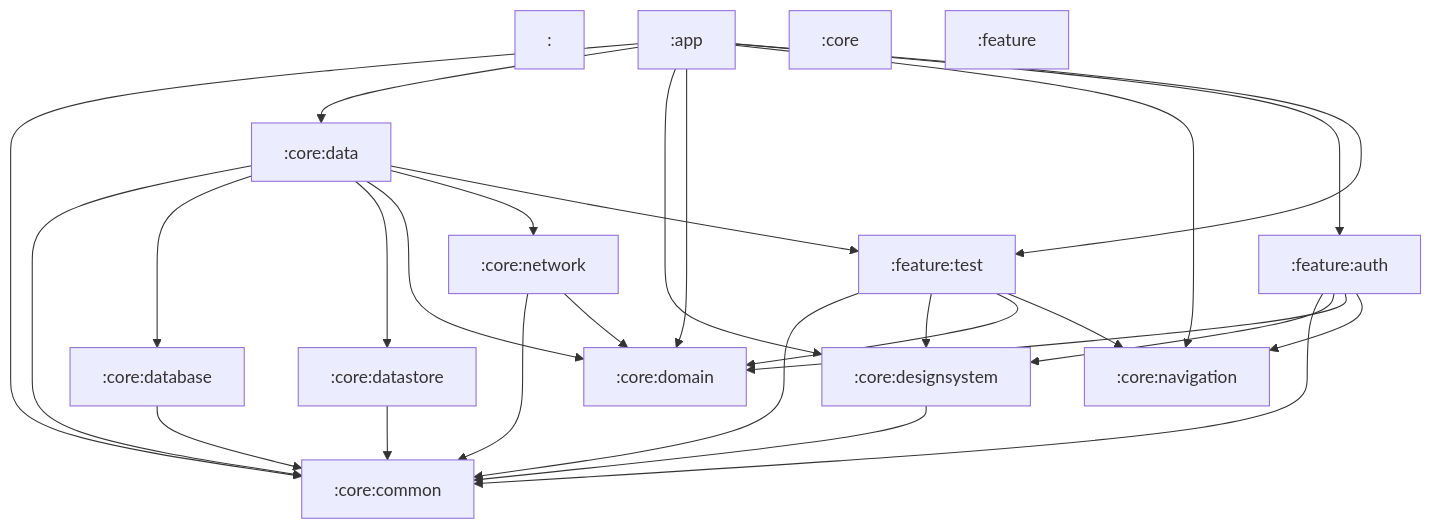
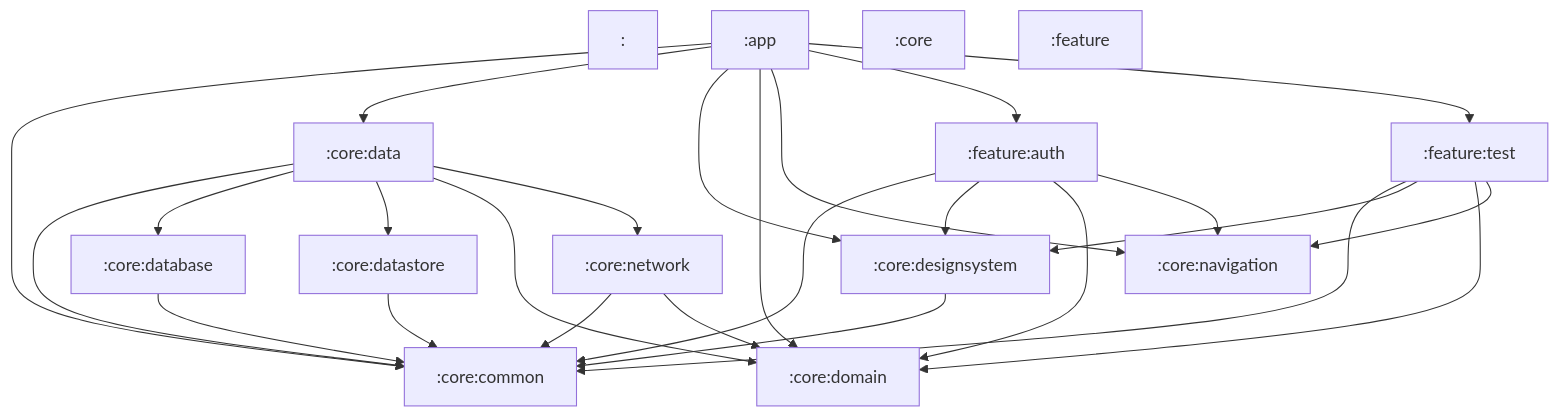
The diagram in docs/module-deps.md (kkh725/Multi_Module_Template), drawn with Mermaid before and after one commit. The commit also changed 2 other files, not shown here.

Commit message:
[Chore] build gradle 의존성 수정 (#4)
* [Chore] cicd 변경

* [Chore] cicd 변경

* [Chore] cicd 변경

* [Chore] cicd 변경

* [Chore] cicd 변경

* [Chore] ktLint 적용

* [Chore] .editorconfig 추가

* [Chore] TestCode 추가

* [Chore] ktlint맞춰서 수정

* [Chore] build.gradle.kts 수정

* [Chore] test 관련 convention 수정

* [Chore] cicd 수정

* [Chore] ci 빌드 추가

* [Chore] ci 수정

* [Chore] compose lint 추가

* [Chore] lint 추가

* [Chore] ktLint 수정

* [Chore] 각 모듈 readMe 추가

* [Chore] ci 수정

* [Chore] 의존성그래프 확인 ci 추가

* [Chore] 의존성그래프 확인 ci 추가

* [Chore] 의존성그래프 확인 ci 추가

* [Chore] 의존성그래프 확인 ci 추가

* [Chore] 의존성그래프 확인 ci 추가

* [Chore] 의존성그래프 확인 ci 수정

* [Chore] 의존성그래프 확인 ci 수정

* [Chore] 의존성그래프 확인 ci 수정

* [Chore] fetch-depth: 0 추가

* [Chore] ci 수정

* [Chore] ci 수정

* [Chore] ci 수정

* [ci] update module dependency graph [ci skip]

* [Chore] ci 수정

* [Chore] ci 수정

* [Chore] ci 수정

* [Chore] ci 수정

* [Chore] ci 수정

* [Chore] ci 수정

* [github-actions] update module dependency graph

* [Chore] ci 최종 수정

* [Chore] data module 의존성 feature제거

* [Chore] remove check ci

* [github-actions] update dependency graph

---------

````diff
--- a/docs/module-deps.md
+++ b/docs/module-deps.md
@@ -1,43 +1,42 @@
 ```mermaid
 graph TD
     _[":"]
     _app[":app"]
     _app --> _core_common
     _app --> _core_data
     _app --> _core_designsystem
     _app --> _core_domain
     _app --> _core_navigation
     _app --> _feature_auth
     _app --> _feature_test
     _core[":core"]
     _core_common[":core:common"]
     _core_data[":core:data"]
     _core_data --> _core_common
     _core_data --> _core_database
     _core_data --> _core_datastore
     _core_data --> _core_domain
     _core_data --> _core_network
-    _core_data --> _feature_test
     _core_database[":core:database"]
     _core_database --> _core_common
     _core_datastore[":core:datastore"]
     _core_datastore --> _core_common
     _core_designsystem[":core:designsystem"]
     _core_designsystem --> _core_common
     _core_domain[":core:domain"]
     _core_navigation[":core:navigation"]
     _core_network[":core:network"]
     _core_network --> _core_common
     _core_network --> _core_domain
     _feature[":feature"]
     _feature_auth[":feature:auth"]
     _feature_auth --> _core_common
     _feature_auth --> _core_designsystem
     _feature_auth --> _core_domain
     _feature_auth --> _core_navigation
     _feature_test[":feature:test"]
     _feature_test --> _core_common
     _feature_test --> _core_designsystem
     _feature_test --> _core_domain
     _feature_test --> _core_navigation
 ```
````
